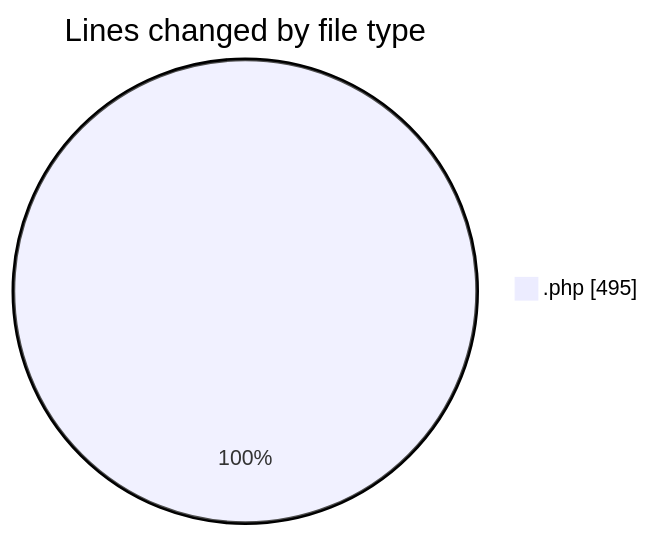
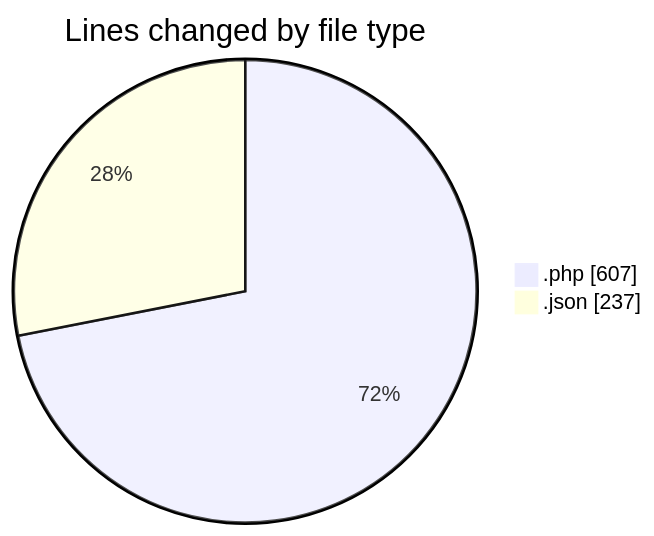
Before and after one commit to idhammustaqopulfikri/code-tracking: the first of 2 diagrams in 2025-06-16/studio-backend/README.md, drawn with Mermaid. The commit also changed other lines of this file and 1 other file, not shown here.

````diff
--- a/2025-06-16/studio-backend/README.md
+++ b/2025-06-16/studio-backend/README.md
@@ -22,5 +23,6 @@
 ```mermaid
 pie showData
 title Lines changed by file type
-".php" : 495
+".php" : 607
+".json" : 237
 ```
````
